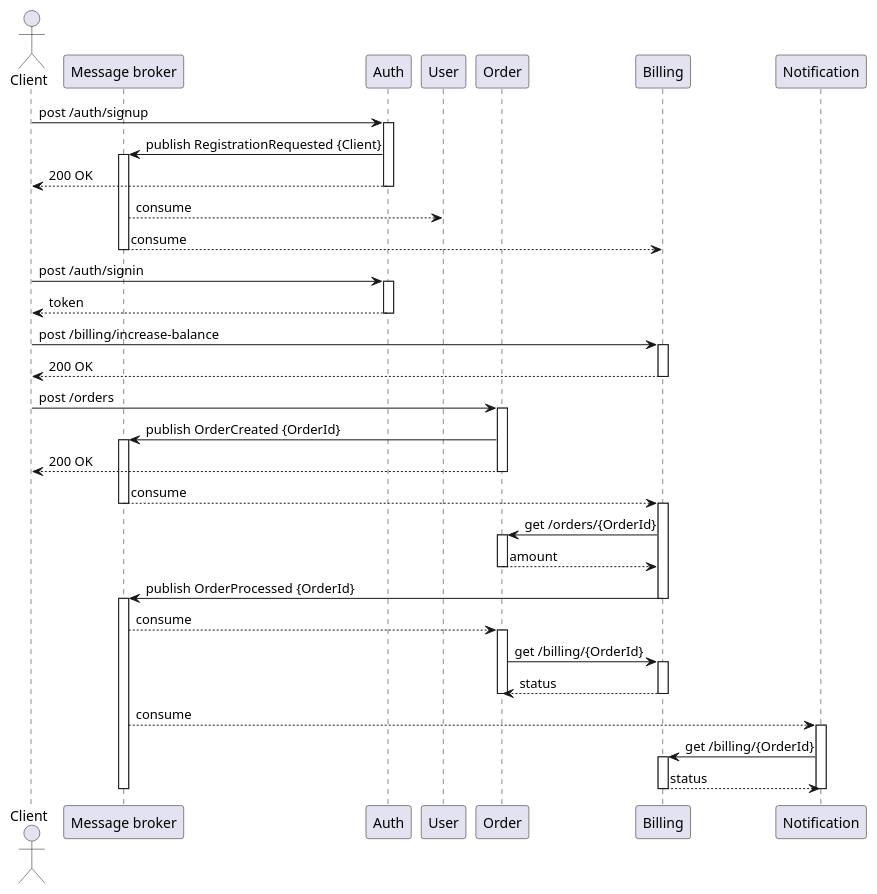
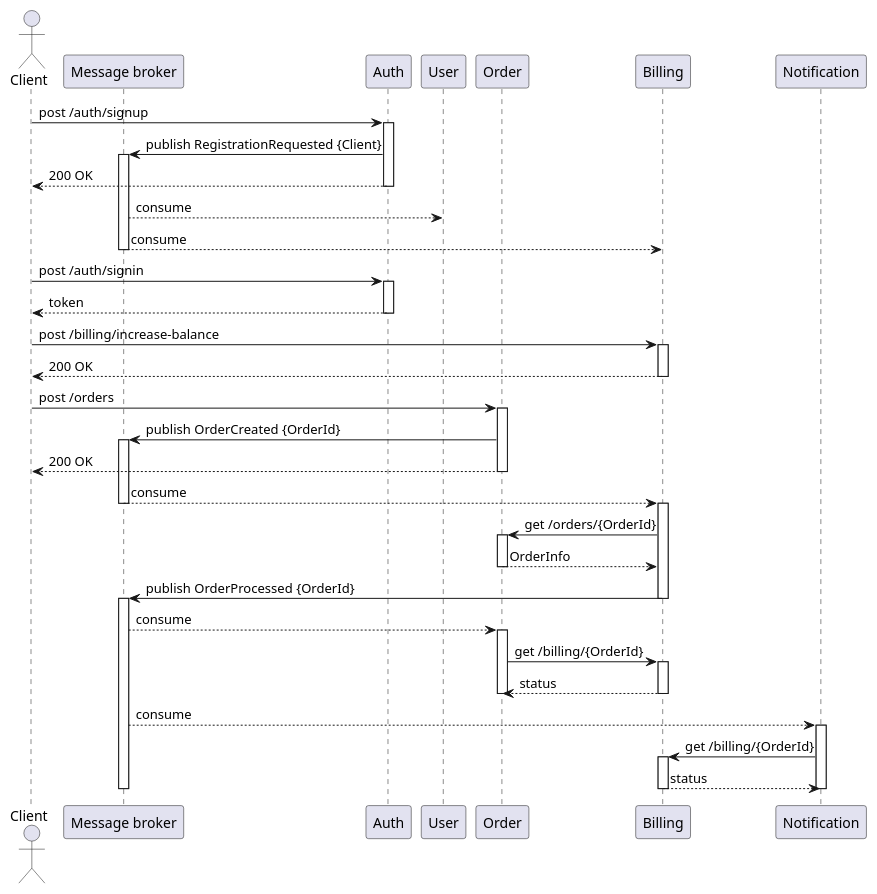
One commit to kuzmicheva-lyudmila/stream-processing changed the diagram in theory/event-notifications.puml. Above: the diagram before and after it, drawn with PlantUML. The commit also changed 45 other files, not shown here.

```diff
--- a/theory/event-notifications.puml
+++ b/theory/event-notifications.puml
@@ -1,64 +1,64 @@
 @startuml
 actor Client
 participant "Message broker" as MessageBroker
 participant Auth
 participant User
 participant Order
 participant Billing
 participant Notification
 
 Client -> Auth: post /auth/signup
     activate Auth
     Auth -> MessageBroker: publish RegistrationRequested {Client}
     activate MessageBroker
     Auth --> Client: 200 OK
     deactivate Auth
 
     MessageBroker --> User: consume
     MessageBroker --> Billing: consume
     deactivate MessageBroker
 
 Client -> Auth: post /auth/signin
     activate Auth
     Auth --> Client: token
     deactivate Auth
 
 Client -> Billing: post /billing/increase-balance
     activate Billing
     Billing --> Client: 200 OK
     deactivate Billing
 
 Client -> Order: post /orders
     activate Order
     Order -> MessageBroker: publish OrderCreated {OrderId}
     activate MessageBroker
     Order --> Client: 200 OK
     deactivate Order
 
     MessageBroker --> Billing: consume
         deactivate MessageBroker
         activate Billing
         Billing -> Order: get /orders/{OrderId}
         activate Order
-        Order --> Billing: amount
+        Order --> Billing: OrderInfo
         deactivate Order
         Billing -> MessageBroker: publish OrderProcessed {OrderId}
         deactivate Billing
         activate MessageBroker
 
     MessageBroker --> Order: consume
         activate Order
         Order -> Billing: get /billing/{OrderId}
         activate Billing
         Billing --> Order: status
         deactivate Billing
         deactivate Order
     MessageBroker --> Notification: consume
         activate Notification
         Notification -> Billing: get /billing/{OrderId}
         activate Billing
         Billing --> Notification: status
         deactivate Billing
         deactivate Notification
     deactivate MessageBroker
 @enduml
```
